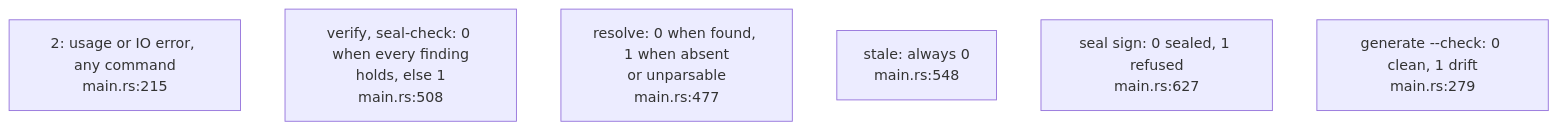
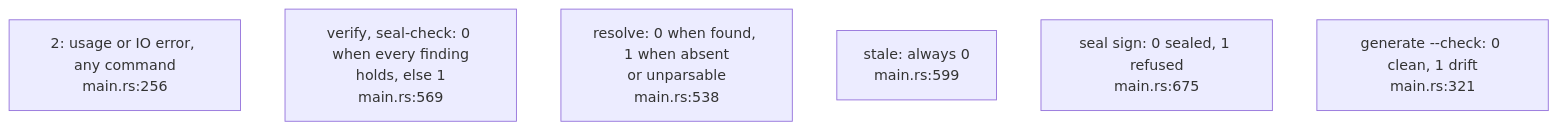
Before and after one commit to DreamLab-AI/codemaid: the fourth of 4 diagrams in docs/diagrams/corpus/05-the-seal-commands.md, drawn with Mermaid. The commit also changed other lines of this file and 23 other files, not shown here.

````diff
--- a/docs/diagrams/corpus/05-the-seal-commands.md
+++ b/docs/diagrams/corpus/05-the-seal-commands.md
@@ -148,9 +150,9 @@
 ```mermaid
 flowchart TB
-    E2["2: usage or IO error, any command<br/>main.rs:215"]
-    V["verify, seal-check: 0 when every finding<br/>holds, else 1<br/>main.rs:508"]
-    R["resolve: 0 when found, 1 when absent<br/>or unparsable<br/>main.rs:477"]
-    S["stale: always 0<br/>main.rs:548"]
-    G["seal sign: 0 sealed, 1 refused<br/>main.rs:627"]
-    C["generate --check: 0 clean, 1 drift<br/>main.rs:279"]
+    E2["2: usage or IO error, any command<br/>main.rs:256"]
+    V["verify, seal-check: 0 when every finding<br/>holds, else 1<br/>main.rs:569"]
+    R["resolve: 0 when found, 1 when absent<br/>or unparsable<br/>main.rs:538"]
+    S["stale: always 0<br/>main.rs:599"]
+    G["seal sign: 0 sealed, 1 refused<br/>main.rs:675"]
+    C["generate --check: 0 clean, 1 drift<br/>main.rs:321"]
 ```
````
